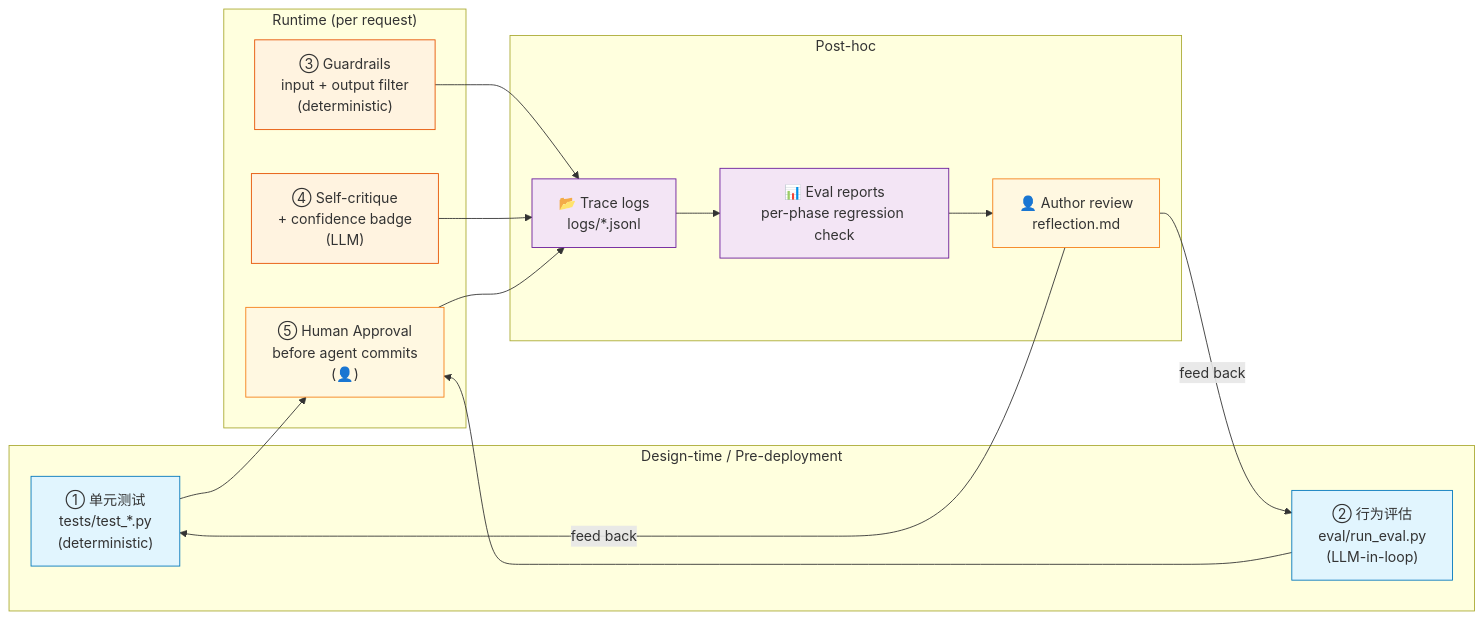
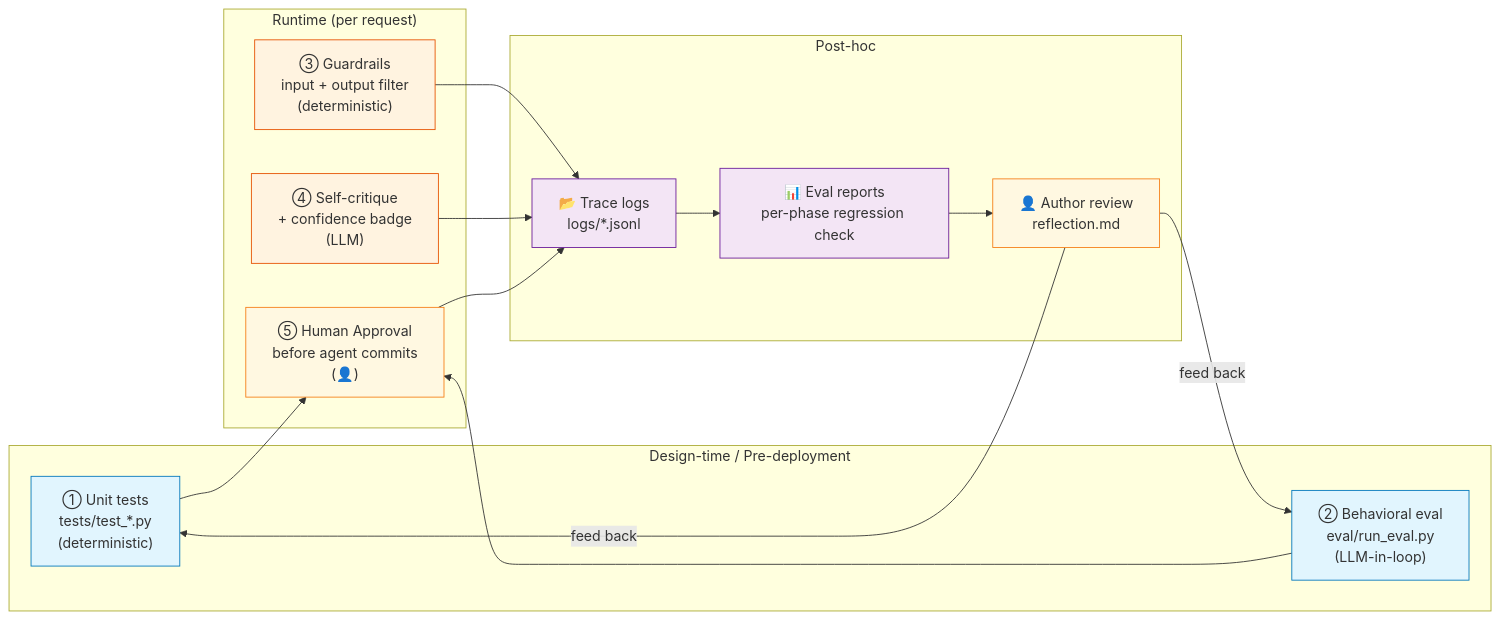
Before and after one commit to chichi0510/ai110-module2show-pawpal-starter: the diagram in docs/design/diagrams/testing_checkpoints.mmd, drawn with Mermaid. The commit also changed 10 other files, not shown here.

```diff
--- a/docs/design/diagrams/testing_checkpoints.mmd
+++ b/docs/design/diagrams/testing_checkpoints.mmd
@@ -1,32 +1,32 @@
 flowchart LR
     classDef pre fill:#e1f5fe,stroke:#0277bd
     classDef rt fill:#fff3e0,stroke:#e65100
     classDef post fill:#f3e5f5,stroke:#6a1b9a
     classDef human fill:#fff8e1,stroke:#f57f17
 
     subgraph PRE ["Design-time / Pre-deployment"]
-        P1["① 单元测试<br/>tests/test_*.py<br/>(deterministic)"]:::pre
-        P2["② 行为评估<br/>eval/run_eval.py<br/>(LLM-in-loop)"]:::pre
+        P1["① Unit tests<br/>tests/test_*.py<br/>(deterministic)"]:::pre
+        P2["② Behavioral eval<br/>eval/run_eval.py<br/>(LLM-in-loop)"]:::pre
     end
 
     subgraph RT ["Runtime (per request)"]
         R1["③ Guardrails<br/>input + output filter<br/>(deterministic)"]:::rt
         R2["④ Self-critique<br/>+ confidence badge<br/>(LLM)"]:::rt
         R3["⑤ Human Approval<br/>before agent commits<br/>(👤)"]:::human
     end
 
     subgraph POST ["Post-hoc"]
         H1["📂 Trace logs<br/>logs/*.jsonl"]:::post
         H2["📊 Eval reports<br/>per-phase regression check"]:::post
         H3["👤 Author review<br/>reflection.md"]:::human
     end
 
     P1 --> R3
     P2 --> R3
     R1 --> H1
     R2 --> H1
     R3 --> H1
     H1 --> H2
     H2 --> H3
     H3 -->|"feed back"| P1
     H3 -->|"feed back"| P2
```
